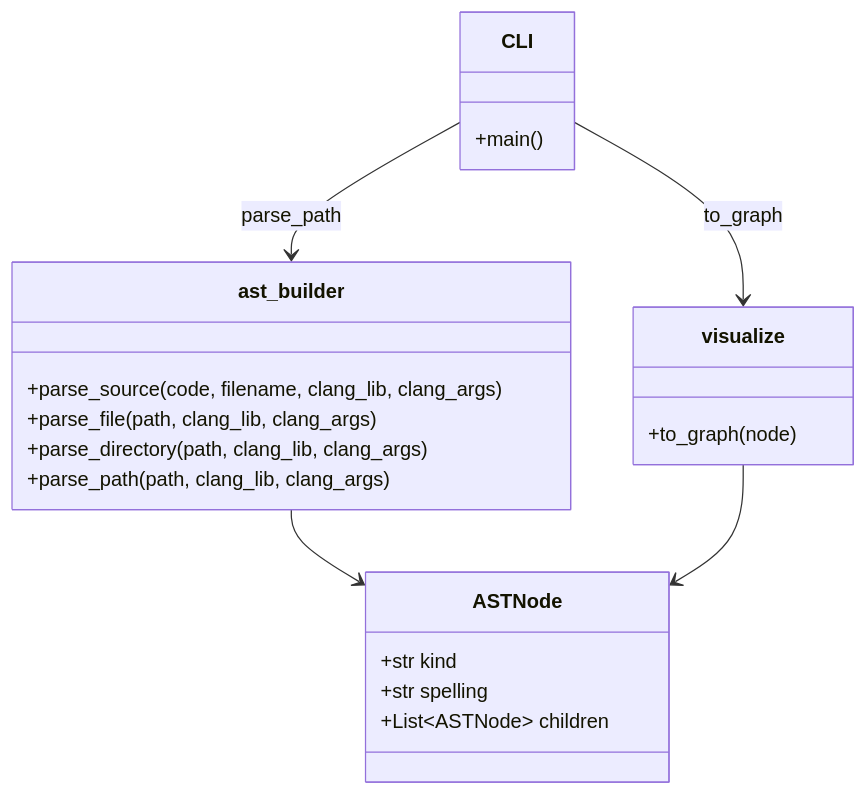
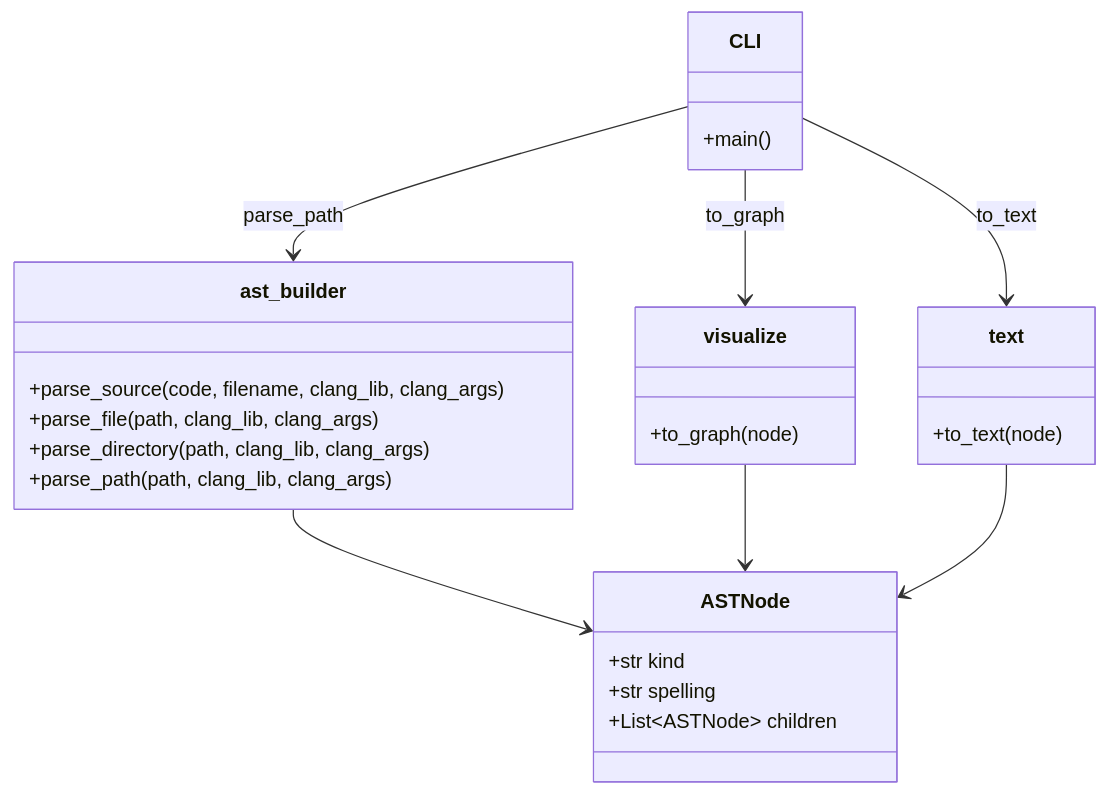
The diagram in docs/design.md (ykylee/cpp_ast_codex), drawn with Mermaid before and after one commit. The commit also changed other lines of this file and 6 other files, not shown here.

````diff
--- a/docs/design.md
+++ b/docs/design.md
@@ -26,25 +28,30 @@
 ```mermaid
 classDiagram
     class ASTNode {
         +str kind
         +str spelling
         +List~ASTNode~ children
     }
     class ast_builder {
         +parse_source(code, filename, clang_lib, clang_args)
         +parse_file(path, clang_lib, clang_args)
         +parse_directory(path, clang_lib, clang_args)
         +parse_path(path, clang_lib, clang_args)
     }
     class visualize {
         +to_graph(node)
     }
+    class text {
+        +to_text(node)
+    }
     class CLI {
         +main()
     }
 
     ast_builder --> ASTNode
     visualize --> ASTNode
+    text --> ASTNode
     CLI --> ast_builder : parse_path
     CLI --> visualize : to_graph
+    CLI --> text : to_text
 ```
````
